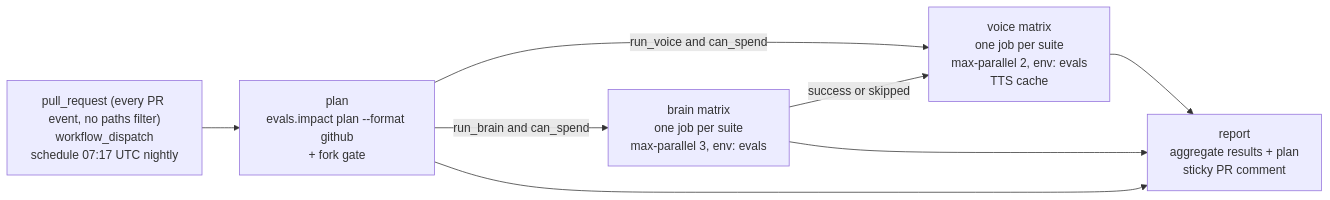
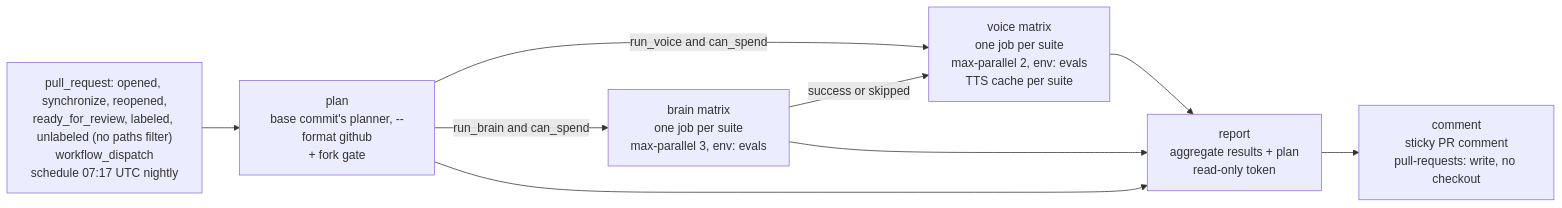
One commit to andreasbloomquist/gpt-live-demo changed the fifth of 5 diagrams in docs/evals.md. Above: the diagram before and after it, drawn with Mermaid. The commit also changed other lines of this file and 2 other files, not shown here.

First line of the commit message:
Docs: sync eval docs with review fixes (trusted planner, routing, runners, CI split)

````diff
--- a/docs/evals.md
+++ b/docs/evals.md
@@ -660,10 +725,11 @@
 ```mermaid
 flowchart LR
-    Trig["pull_request (every PR event, no paths filter)<br/>workflow_dispatch<br/>schedule 07:17 UTC nightly"] --> Plan
-    Plan["plan<br/>evals.impact plan --format github<br/>+ fork gate"] -- "run_brain and can_spend" --> Brain
+    Trig["pull_request: opened, synchronize, reopened,<br/>ready_for_review, labeled, unlabeled (no paths filter)<br/>workflow_dispatch<br/>schedule 07:17 UTC nightly"] --> Plan
+    Plan["plan<br/>base commit's planner, --format github<br/>+ fork gate"] -- "run_brain and can_spend" --> Brain
     Plan -- "run_voice and can_spend" --> Voice
     Brain["brain matrix<br/>one job per suite<br/>max-parallel 3, env: evals"] -- "success or skipped" --> Voice
-    Voice["voice matrix<br/>one job per suite<br/>max-parallel 2, env: evals<br/>TTS cache"] --> Report
+    Voice["voice matrix<br/>one job per suite<br/>max-parallel 2, env: evals<br/>TTS cache per suite"] --> Report
     Brain --> Report
-    Plan --> Report["report<br/>aggregate results + plan<br/>sticky PR comment"]
+    Plan --> Report["report<br/>aggregate results + plan<br/>read-only token"]
+    Report --> Comment["comment<br/>sticky PR comment<br/>pull-requests: write, no checkout"]
 ```
````
